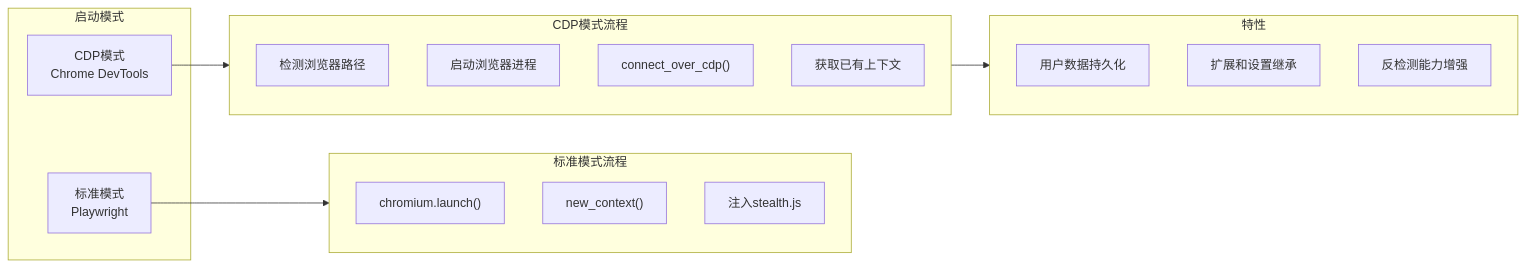
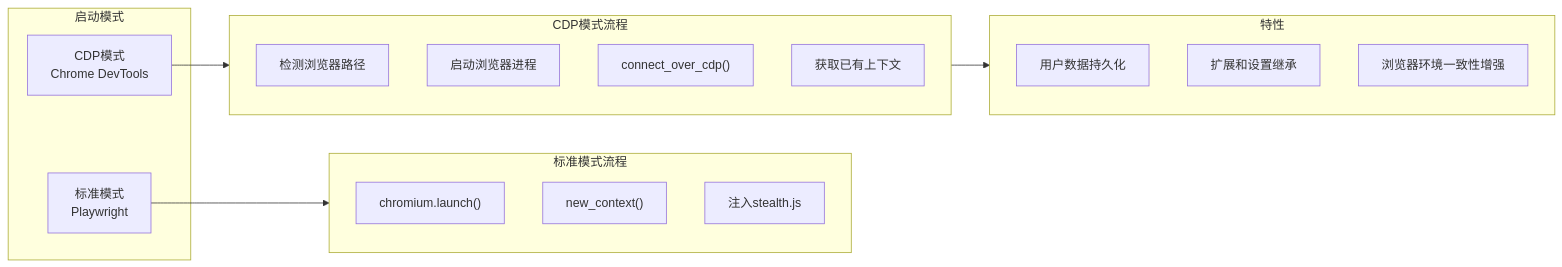
The eighth of 12 diagrams in docs/项目架构文档.md (The-AlexLiu/ContentRadar), drawn with Mermaid before and after one commit. The commit also changed other lines of this file and 5 other files, not shown here.

````diff
--- a/docs/项目架构文档.md
+++ b/docs/项目架构文档.md
@@ -528,30 +528,30 @@
 ```mermaid
 flowchart LR
     subgraph Mode["启动模式"]
         standard["标准模式<br/>Playwright"]
         cdp["CDP模式<br/>Chrome DevTools"]
     end
 
     subgraph Standard["标准模式流程"]
         launch["chromium.launch()"]
         context["new_context()"]
         stealth["注入stealth.js"]
     end
 
     subgraph CDP["CDP模式流程"]
         detect["检测浏览器路径"]
         start["启动浏览器进程"]
         connect["connect_over_cdp()"]
         cdpContext["获取已有上下文"]
     end
 
     subgraph Features["特性"]
         f1["用户数据持久化"]
         f2["扩展和设置继承"]
-        f3["反检测能力增强"]
+        f3["浏览器环境一致性增强"]
     end
 
     standard --> Standard
     cdp --> CDP
     CDP --> Features
 ```
````
